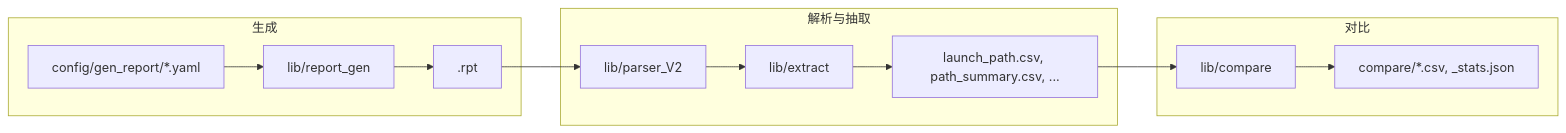
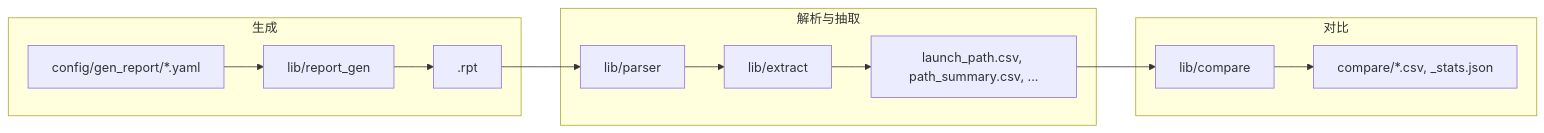
The diagram in .cursor/skills/python-coding-standards/SKILL.md (SuperAsneiitor/timerParse), drawn with Mermaid before and after one commit. The commit also changed other lines of this file and 48 other files, not shown here.

First line of the commit message:
refactor: 解析包归一为 lib.parser，移除 parser_chaos，compare 逐点表头 sticky

````diff
--- a/.cursor/skills/python-coding-standards/SKILL.md
+++ b/.cursor/skills/python-coding-standards/SKILL.md
@@ -28,20 +28,20 @@
 ```mermaid
 flowchart LR
   subgraph gen [生成]
     Config[config/gen_report/*.yaml]
     Gen[lib/report_gen]
     Rpt[.rpt]
     Config --> Gen --> Rpt
   end
   subgraph parse [解析与抽取]
-    Parser[lib/parser_V2]
+    Parser[lib/parser]
     Extract[lib/extract]
     CSV[launch_path.csv, path_summary.csv, ...]
     Rpt --> Parser --> Extract --> CSV
   end
   subgraph compare [对比]
     Compare[lib/compare]
     Out[compare/*.csv, _stats.json]
     CSV --> Compare --> Out
   end
 ```
````
